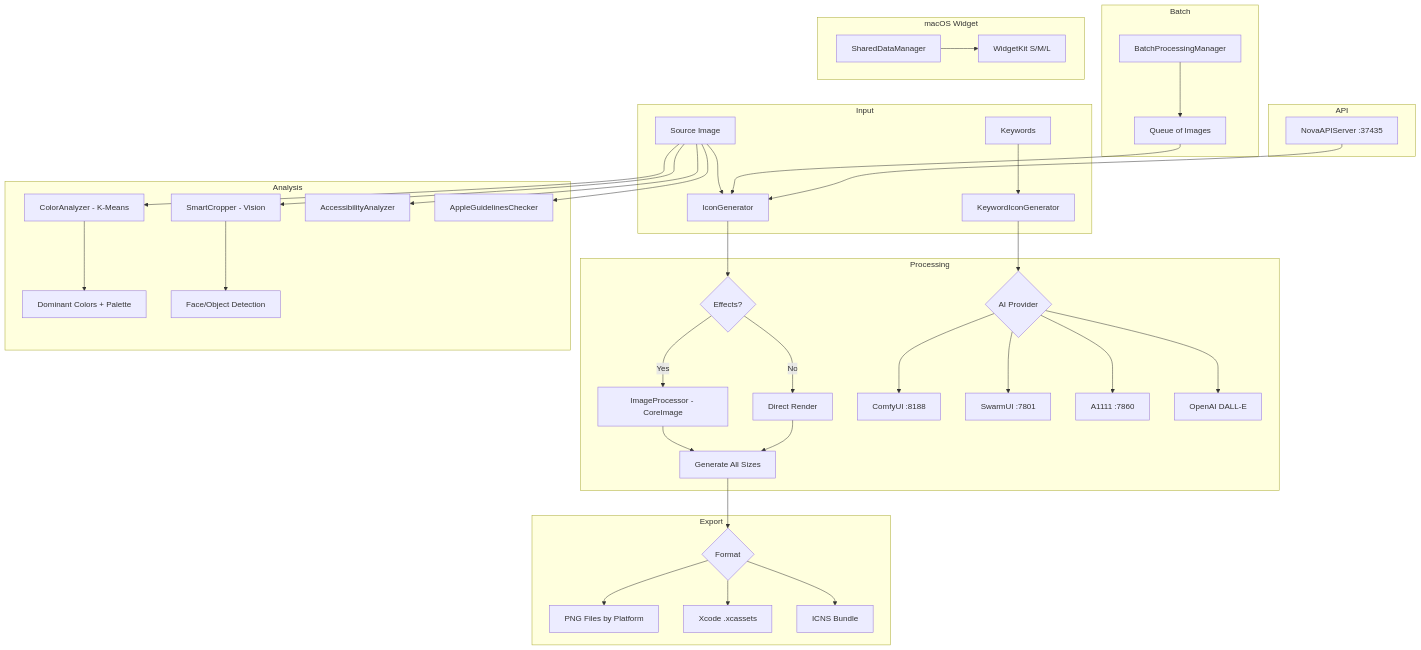
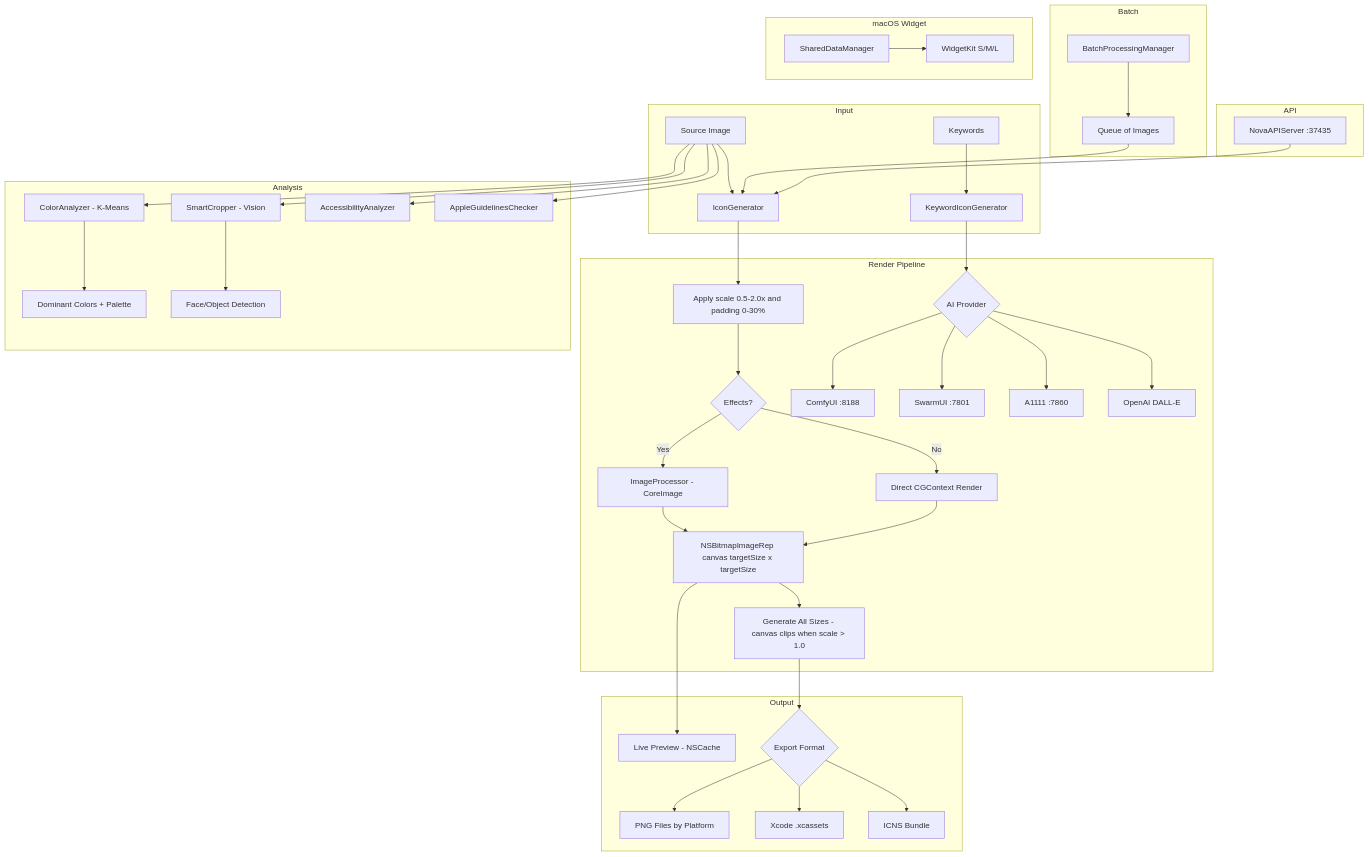
The first of 2 diagrams in README.md (kochj23/icon-creator), drawn with Mermaid before and after one commit. The commit also changed other lines of this file and 5 other files, not shown here.

````diff
--- a/README.md
+++ b/README.md
@@ -19,49 +21,52 @@
 ```mermaid
 graph TD
     subgraph Input
         A[Source Image] --> B[IconGenerator]
         C[Keywords] --> D[KeywordIconGenerator]
     end
 
-    subgraph Processing
-        B --> E{Effects?}
+    subgraph Processing["Render Pipeline"]
+        B --> SP[Apply scale 0.5-2.0x and padding 0-30%]
+        SP --> E{Effects?}
         E -->|Yes| F[ImageProcessor - CoreImage]
-        E -->|No| G[Direct Render]
-        F --> H[Generate All Sizes]
-        G --> H
+        E -->|No| G[Direct CGContext Render]
+        F --> CV[NSBitmapImageRep canvas targetSize x targetSize]
+        G --> CV
+        CV --> H[Generate All Sizes - canvas clips when scale > 1.0]
         D --> I{AI Provider}
         I --> J[ComfyUI :8188]
         I --> K[SwarmUI :7801]
         I --> L[A1111 :7860]
         I --> M[OpenAI DALL-E]
     end
 
-    subgraph Export
-        H --> N{Format}
+    subgraph Output
+        CV --> PV[Live Preview - NSCache]
+        H --> N{Export Format}
         N --> O[PNG Files by Platform]
         N --> P[Xcode .xcassets]
         N --> Q[ICNS Bundle]
     end
 
     subgraph Analysis
         A --> R[ColorAnalyzer - K-Means]
         R --> S[Dominant Colors + Palette]
         A --> T[SmartCropper - Vision]
         T --> U[Face/Object Detection]
         A --> V[AccessibilityAnalyzer]
         A --> W[AppleGuidelinesChecker]
     end
 
     subgraph Batch
         X[BatchProcessingManager] --> Y[Queue of Images]
         Y --> B
     end
 
     subgraph Widget["macOS Widget"]
         Z[SharedDataManager] --> AA[WidgetKit S/M/L]
     end
 
     subgraph API
         AB[NovaAPIServer :37435] --> B
     end
 ```
````
